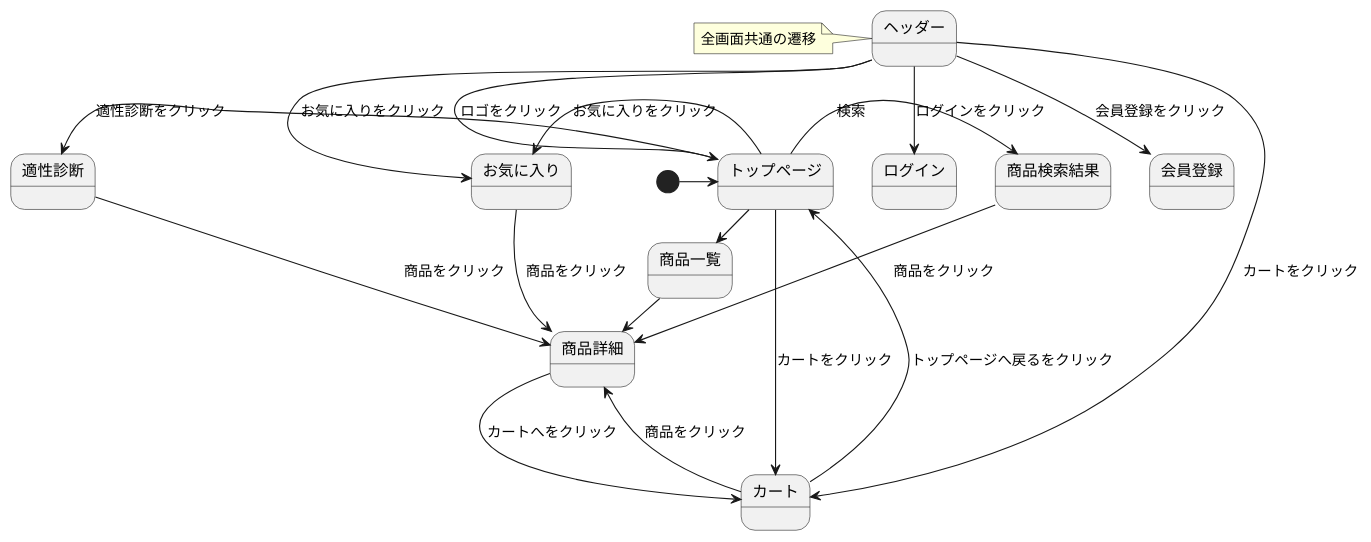
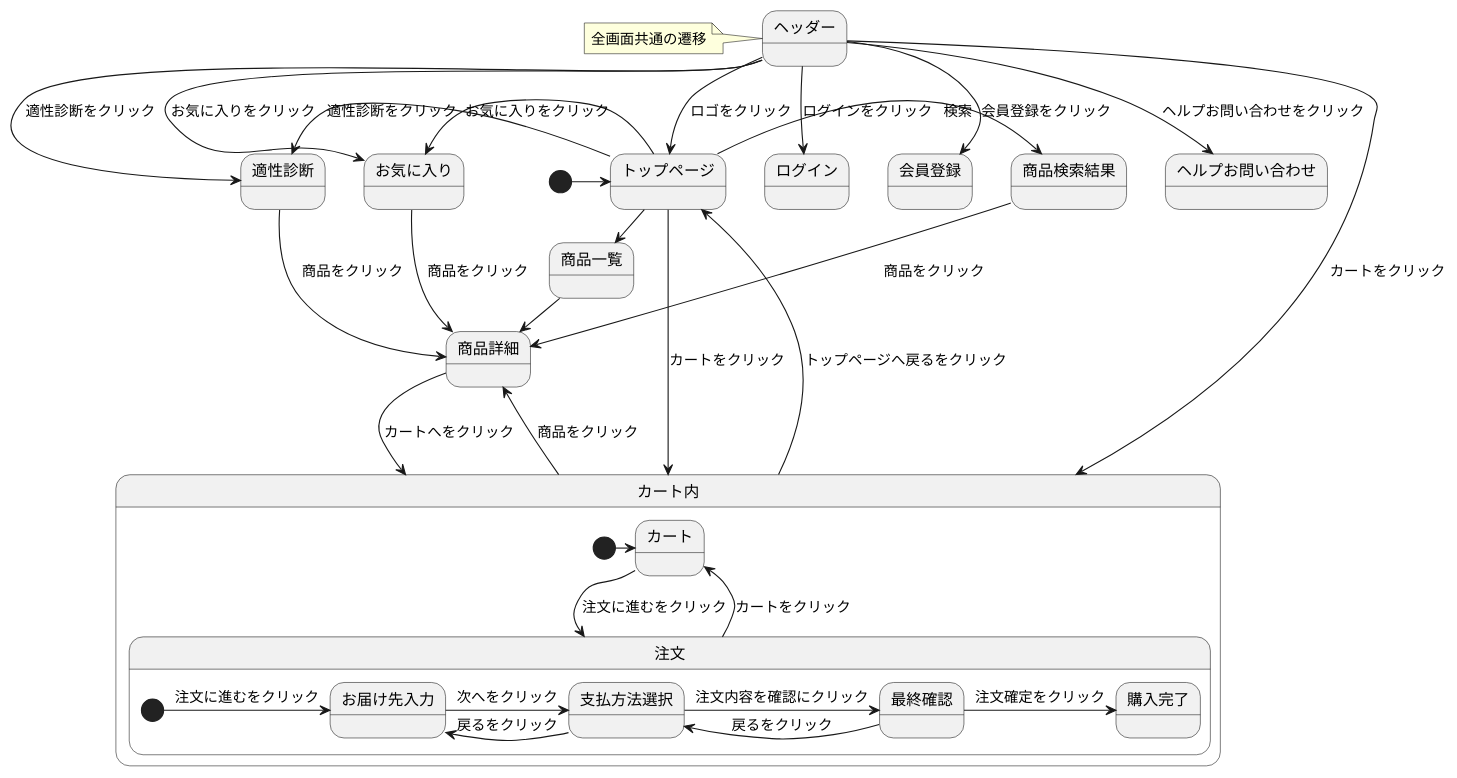
Before and after one commit to Aso2101122/coffeeEC: the diagram in 03_画面遷移図/stm_03.md, drawn with PlantUML. The commit also changed other lines of this file, not shown here.

````diff
--- a/03_画面遷移図/stm_03.md
+++ b/03_画面遷移図/stm_03.md
@@ -2,29 +2,44 @@
 ```uml
 @startuml
 [*]->トップページ
 トップページ->商品検索結果: 検索
 トップページ-right->商品一覧: 商品一覧をクリック
 商品一覧->商品詳細: 商品をクリック
 商品検索結果-down->商品詳細: 商品をクリック
-商品詳細-->カート: カートへをクリック
+商品詳細-->カート内: カートへをクリック
 トップページ-left->お気に入り: お気に入りをクリック
 お気に入り->商品詳細: 商品をクリック
 トップページ-left->適性診断: 適性診断をクリック
 適性診断->商品詳細: 商品をクリック
-トップページ-->カート: カートをクリック
-カート->トップページ: トップページへ戻るをクリック
-カート->商品詳細: 商品をクリック
+トップページ-->カート内: カートをクリック
+カート内->トップページ: トップページへ戻るをクリック
+カート内->商品詳細: 商品をクリック
 
-
+state カート内{
+[*]->カート
+カート-->注文: 注文に進むをクリック
+  state 注文{
+    [*]->お届け先入力: 注文に進むをクリック
+    注文->カート: カートをクリック
+    お届け先入力->支払方法選択: 次へをクリック
+    支払方法選択->お届け先入力: 戻るをクリック
+    支払方法選択->最終確認: 注文内容を確認にクリック
+    最終確認->支払方法選択: 戻るをクリック
+    最終確認->購入完了: 注文確定をクリック
+  }
+}
 
 state ヘッダー{
 }
 note left of ヘッダー: 全画面共通の遷移
 
+
 ヘッダー-down->トップページ: ロゴをクリック
 ヘッダー-down->ログイン: ログインをクリック
 ヘッダー-down->会員登録: 会員登録をクリック
+ヘッダー-down->適性診断: 適性診断をクリック
 ヘッダー-down->お気に入り: お気に入りをクリック
-ヘッダー-down->カート: カートをクリック
+ヘッダー-down->カート内: カートをクリック
+ヘッダー-down->ヘルプお問い合わせ: ヘルプお問い合わせをクリック
 @enduml
 ```
````
